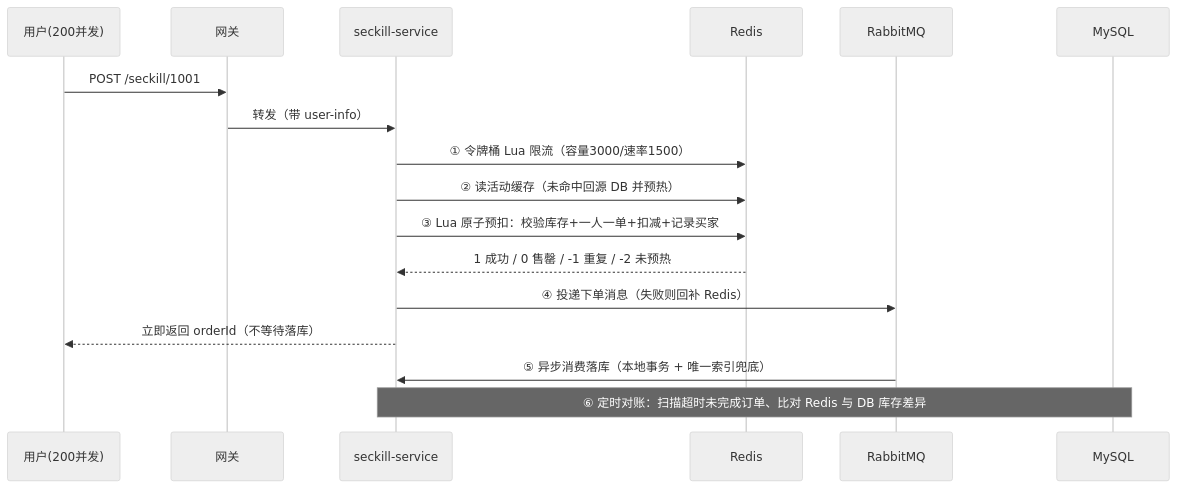
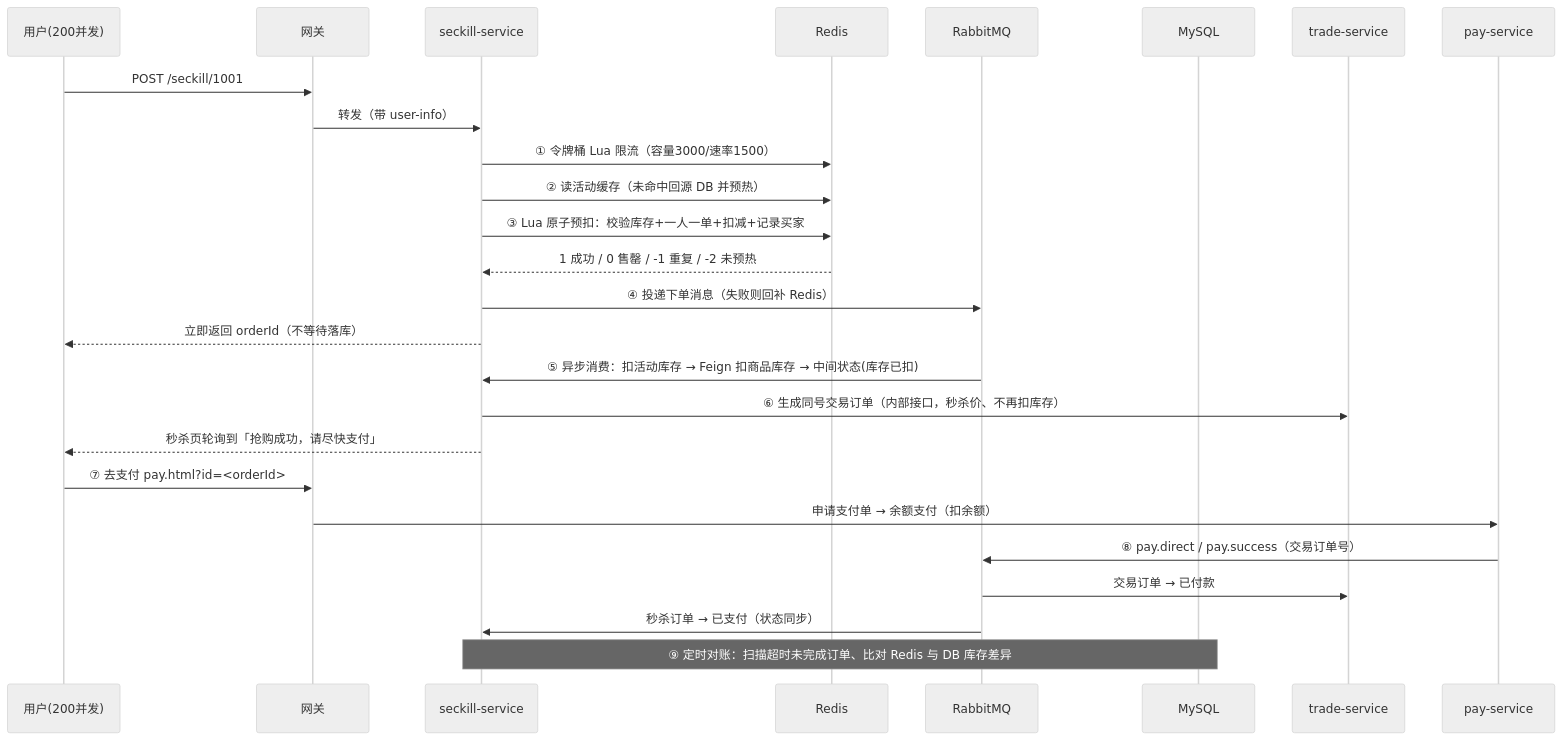
The third of 4 diagrams in docs/architecture.md (xuandezhu86-cpu/limemall), drawn with Mermaid (neutral theme) before and after one commit. The commit also changed other lines of this file and 14 other files, not shown here.

````diff
--- a/docs/architecture.md
+++ b/docs/architecture.md
@@ -114,20 +114,29 @@
 ```mermaid
 sequenceDiagram
     participant U as 用户(200并发)
     participant G as 网关
     participant S as seckill-service
     participant R as Redis
     participant M as RabbitMQ
     participant D as MySQL
+    participant T as trade-service
+    participant P as pay-service
 
     U->>G: POST /seckill/1001
     G->>S: 转发（带 user-info）
     S->>R: ① 令牌桶 Lua 限流（容量3000/速率1500）
     S->>R: ② 读活动缓存（未命中回源 DB 并预热）
     S->>R: ③ Lua 原子预扣：校验库存+一人一单+扣减+记录买家
     R-->>S: 1 成功 / 0 售罄 / -1 重复 / -2 未预热
     S->>M: ④ 投递下单消息（失败则回补 Redis）
     S-->>U: 立即返回 orderId（不等待落库）
-    M->>S: ⑤ 异步消费落库（本地事务 + 唯一索引兜底）
-    Note over S,D: ⑥ 定时对账：扫描超时未完成订单、比对 Redis 与 DB 库存差异
+    M->>S: ⑤ 异步消费：扣活动库存 → Feign 扣商品库存 → 中间状态(库存已扣)
+    S->>T: ⑥ 生成同号交易订单（内部接口，秒杀价、不再扣库存）
+    S-->>U: 秒杀页轮询到「抢购成功，请尽快支付」
+    U->>G: ⑦ 去支付 pay.html?id=<orderId>
+    G->>P: 申请支付单 → 余额支付（扣余额）
+    P->>M: ⑧ pay.direct / pay.success（交易订单号）
+    M->>T: 交易订单 → 已付款
+    M->>S: 秒杀订单 → 已支付（状态同步）
+    Note over S,D: ⑨ 定时对账：扫描超时未完成订单、比对 Redis 与 DB 库存差异
 ```
````
